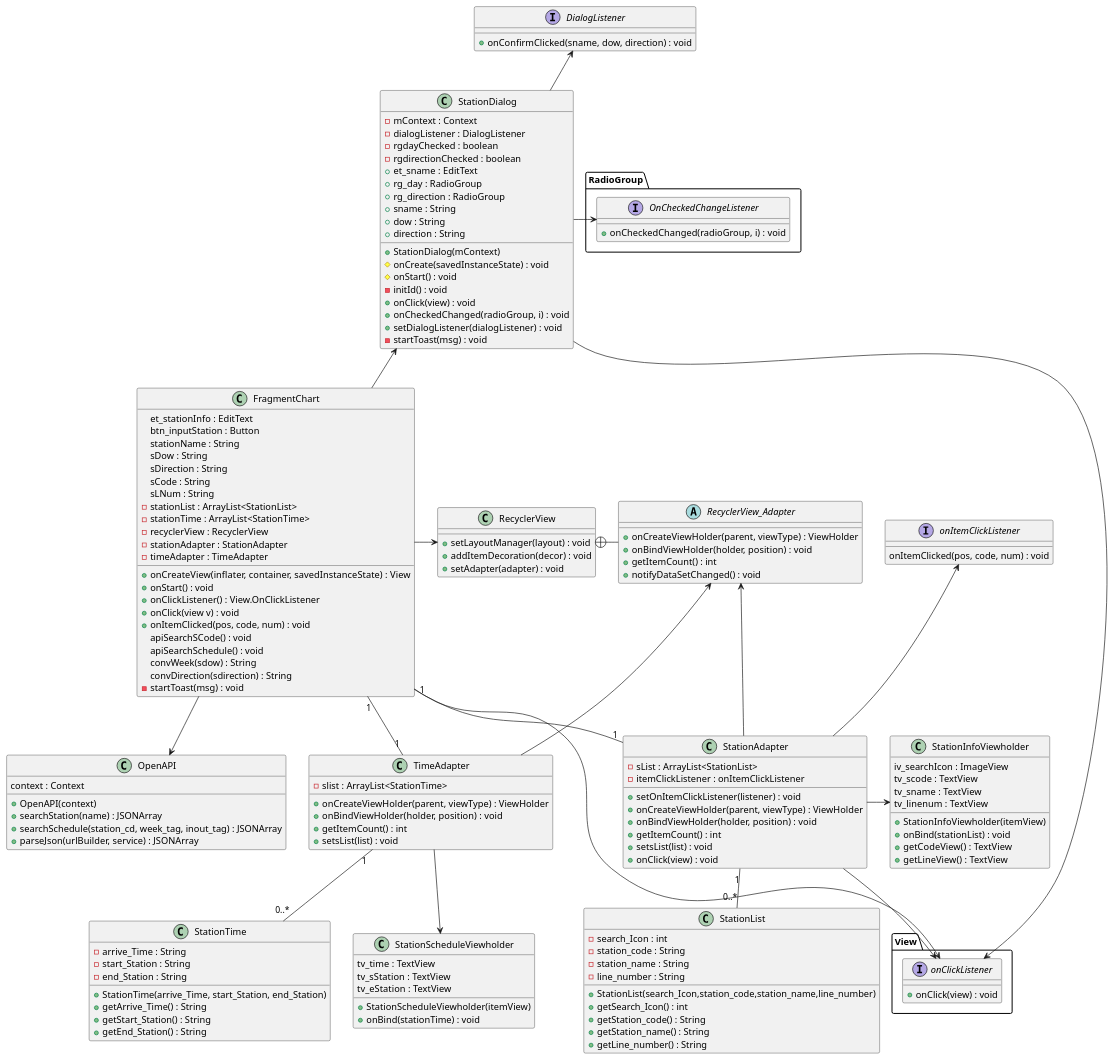
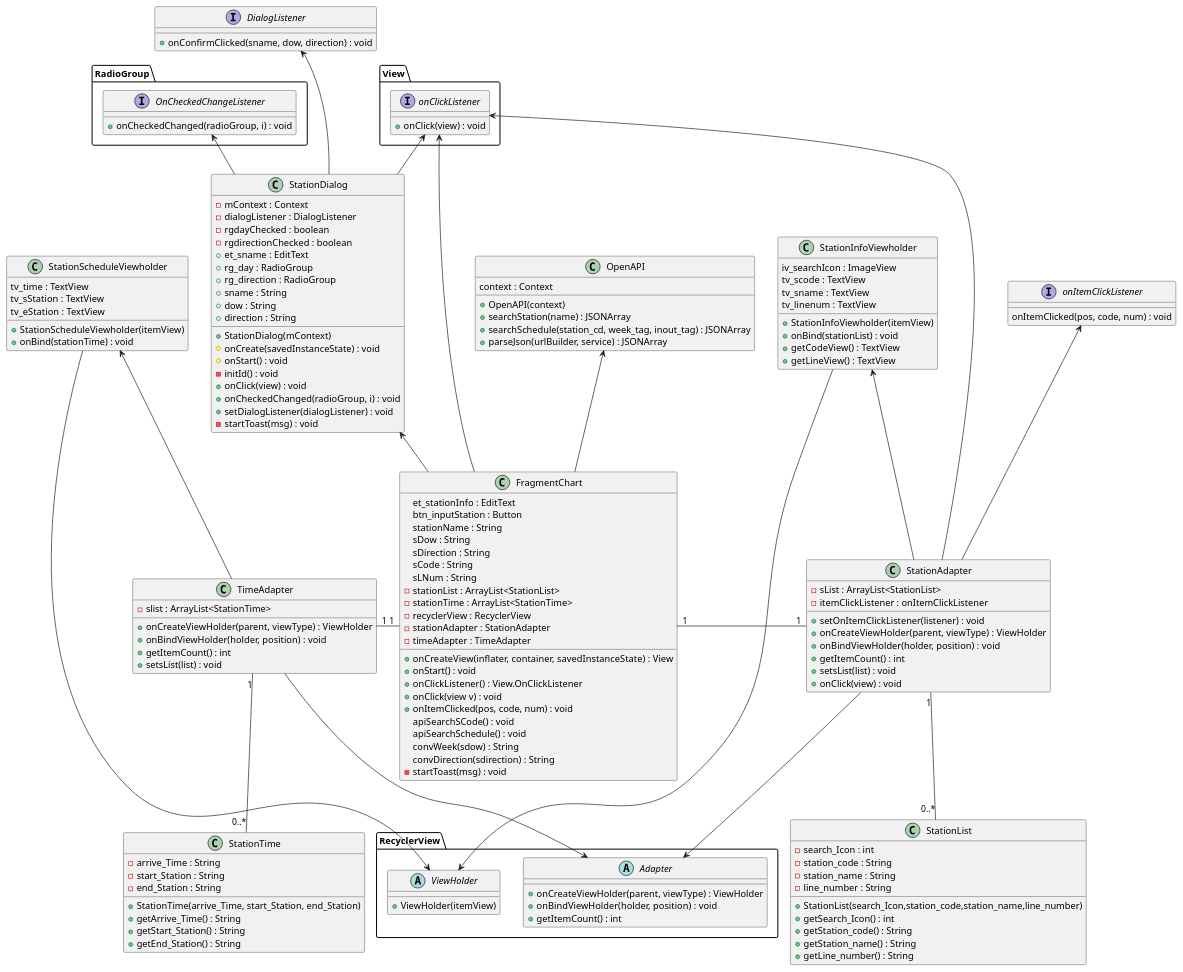
Before and after one commit to CherryIntoSpace/SubwayApp: the diagram in app/src/main/java/com/daejin/subwayapp/diagram/ChartC.puml, drawn with PlantUML. The commit also changed 8 other files, not shown here.

Commit message:
2023-11-03 diagram

```diff
--- a/app/src/main/java/com/daejin/subwayapp/diagram/ChartC.puml
+++ b/app/src/main/java/com/daejin/subwayapp/diagram/ChartC.puml
@@ -1,169 +1,169 @@
 @startuml
-RecyclerView +- RecyclerView_Adapter
-FragmentChart -down-> OpenAPI
-FragmentChart -> RecyclerView
+FragmentChart -up-> OpenAPI
 StationDialog <-- FragmentChart
-StationDialog --> View.onClickListener
-FragmentChart "1"-"1" StationAdapter
-FragmentChart --> View.onClickListener
-TimeAdapter "1"-"1" FragmentChart
-StationAdapter --> View.onClickListener
+StationDialog -up-> View.onClickListener
+FragmentChart "1"-right-"1" StationAdapter
+FragmentChart -up-> View.onClickListener
+FragmentChart "1"-left-"1" TimeAdapter
+StationAdapter -up-> View.onClickListener
 
-RecyclerView_Adapter <-- StationAdapter
-RecyclerView_Adapter <-- TimeAdapter
-StationAdapter -> StationInfoViewholder
+RecyclerView.Adapter <-up- StationAdapter
+RecyclerView.Adapter <-up- TimeAdapter
+StationAdapter -up-> StationInfoViewholder
 StationAdapter "1"--"0..*" StationList
 onItemClickListener <-- StationAdapter
 
 TimeAdapter "1"--"0..*" StationTime
-TimeAdapter --> StationScheduleViewholder
+TimeAdapter -up-> StationScheduleViewholder
 
 StationDialog -l-> DialogListener
-StationDialog -l-> RadioGroup.OnCheckedChangeListener
+StationDialog -up-> RadioGroup.OnCheckedChangeListener
 DialogListener -[hidden]down-RadioGroup.OnCheckedChangeListener
+
+StationScheduleViewholder -> RecyclerView.ViewHolder
+StationInfoViewholder -> RecyclerView.ViewHolder
 
 class FragmentChart {
     et_stationInfo : EditText
     btn_inputStation : Button
     stationName : String
     sDow : String
     sDirection : String
     sCode : String
     sLNum : String
     -stationList : ArrayList<StationList>
     -stationTime : ArrayList<StationTime>
     -recyclerView : RecyclerView
     -stationAdapter : StationAdapter
     -timeAdapter : TimeAdapter
 
     +onCreateView(inflater, container, savedInstanceState) : View
     +onStart() : void
     +onClickListener() : View.OnClickListener
     +onClick(view v) : void
     +onItemClicked(pos, code, num) : void
     apiSearchSCode() : void
     apiSearchSchedule() : void
     convWeek(sdow) : String
     convDirection(sdirection) : String
     -startToast(msg) : void
 }
 
 class StationDialog {
     -mContext : Context
     -dialogListener : DialogListener
     -rgdayChecked : boolean
     -rgdirectionChecked : boolean
     +et_sname : EditText
     +rg_day : RadioGroup
     +rg_direction : RadioGroup
     +sname : String
     +dow : String
     +direction : String
 
     +StationDialog(mContext)
     #onCreate(savedInstanceState) : void
     #onStart() : void
     -initId() : void
     +onClick(view) : void
     +onCheckedChanged(radioGroup, i) : void
     +setDialogListener(dialogListener) : void
     -startToast(msg) : void
 }
 interface DialogListener {
     +onConfirmClicked(sname, dow, direction) : void
 }
 interface RadioGroup.OnCheckedChangeListener {
     +onCheckedChanged(radioGroup, i) : void
 }
 interface View.onClickListener{
     +onClick(view) : void
 }
 interface onItemClickListener{
     onItemClicked(pos, code, num) : void
 }
 
-class RecyclerView {
-    +setLayoutManager(layout) : void
-    +addItemDecoration(decor) : void
-    +setAdapter(adapter) : void
-}
-abstract class RecyclerView_Adapter{
-    +onCreateViewHolder(parent, viewType) : ViewHolder
-    +onBindViewHolder(holder, position) : void
-    +getItemCount() : int
-    +notifyDataSetChanged() : void
+namespace RecyclerView {
+    abstract class Adapter{
+        +onCreateViewHolder(parent, viewType) : ViewHolder
+        +onBindViewHolder(holder, position) : void
+        +getItemCount() : int
+    }
+    abstract class ViewHolder{
+        +ViewHolder(itemView)
+    }
 }
 class StationAdapter{
     -sList : ArrayList<StationList>
     -itemClickListener : onItemClickListener
 
     +setOnItemClickListener(listener) : void
     +onCreateViewHolder(parent, viewType) : ViewHolder
     +onBindViewHolder(holder, position) : void
     +getItemCount() : int
     +setsList(list) : void
     +onClick(view) : void
 }
 class StationInfoViewholder {
     iv_searchIcon : ImageView
     tv_scode : TextView
     tv_sname : TextView
     tv_linenum : TextView
 
     +StationInfoViewholder(itemView)
     +onBind(stationList) : void
     +getCodeView() : TextView
     +getLineView() : TextView
 }
 class StationList{
 
     -search_Icon : int
     -station_code : String
     -station_name : String
     -line_number : String
 
     +StationList(search_Icon,station_code,station_name,line_number)
     +getSearch_Icon() : int
     +getStation_code() : String
     +getStation_name() : String
     +getLine_number() : String
 }
 
 class TimeAdapter{
     -slist : ArrayList<StationTime>
 
     +onCreateViewHolder(parent, viewType) : ViewHolder
     +onBindViewHolder(holder, position) : void
     +getItemCount() : int
     +setsList(list) : void
 }
 class StationScheduleViewholder {
     tv_time : TextView
     tv_sStation : TextView
     tv_eStation : TextView
 
     +StationScheduleViewholder(itemView)
     +onBind(stationTime) : void
 }
 class StationTime{
     -arrive_Time : String
     -start_Station : String
     -end_Station : String
 
     +StationTime(arrive_Time, start_Station, end_Station)
     +getArrive_Time() : String
     +getStart_Station() : String
     +getEnd_Station() : String
 }
 
 class OpenAPI {
     context : Context
 
     +OpenAPI(context)
     +searchStation(name) : JSONArray
     +searchSchedule(station_cd, week_tag, inout_tag) : JSONArray
     +parseJson(urlBuilder, service) : JSONArray
 }
 
 
 @enduml
```
